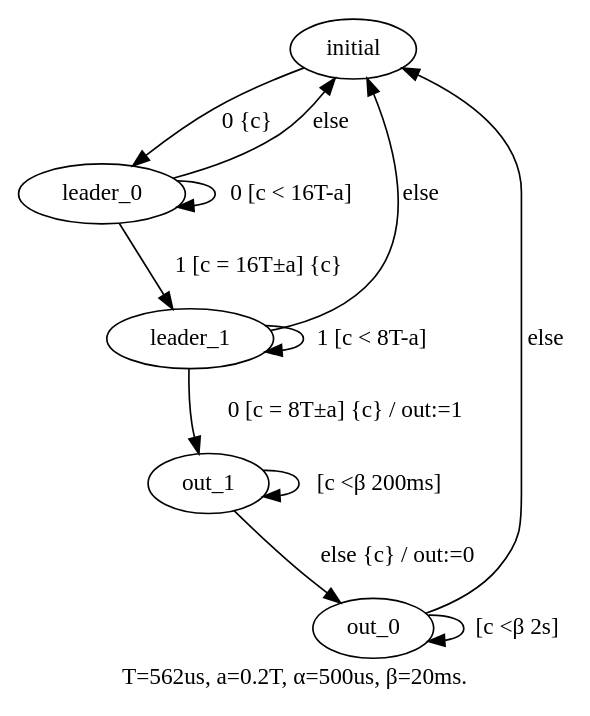
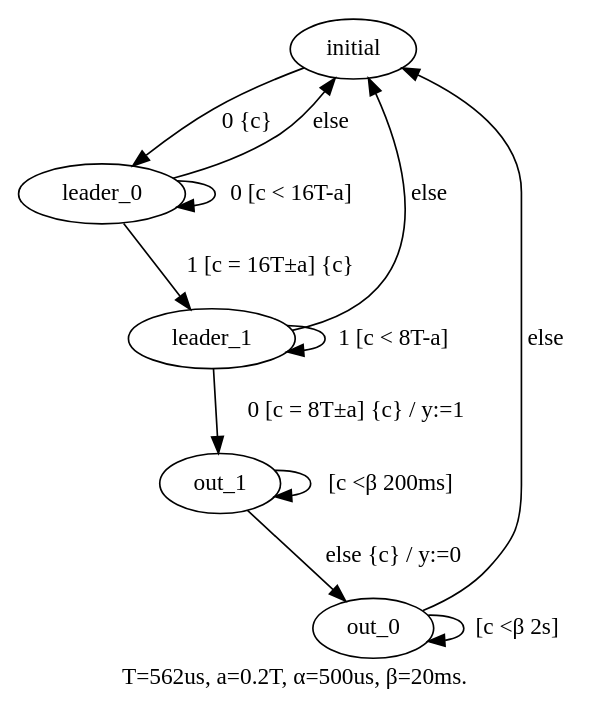
Before and after one commit to ikuo/tathdl: the diagram in examples/ir2solenoid/src/fsm.dot, drawn with Graphviz. The commit also changed 3 other files, not shown here.

```diff
--- a/examples/ir2solenoid/src/fsm.dot
+++ b/examples/ir2solenoid/src/fsm.dot
@@ -1,19 +1,19 @@
 digraph Fsm1 {
     graph [label = "T=562us, a=0.2T, α=500us, β=20ms."]
     0 [label = "initial"]
     1 [label = "leader_0"]
     2 [label = "leader_1"]
     3 [label = "out_1"]
     4 [label = "out_0"]
     0 -> 1 [label = "0 {c}"]
     1 -> 1 [label = "0 [c < 16T-a]"]
     1 -> 2 [label = "1 [c = 16T±a] {c}"]
     1 -> 0 [label = "else"]
     2 -> 2 [label = "1 [c < 8T-a]"]
-    2 -> 3 [label = "0 [c = 8T±a] {c} / out:=1"]
+    2 -> 3 [label = "0 [c = 8T±a] {c} / y:=1"]
     2 -> 0 [label = "else"]
     3 -> 3 [label = "[c <β 200ms]"]
-    3 -> 4 [label = "else {c} / out:=0"]
+    3 -> 4 [label = "else {c} / y:=0"]
     4 -> 4 [label = "[c <β 2s]"]
     4 -> 0 [label = "else"]
 }
```
